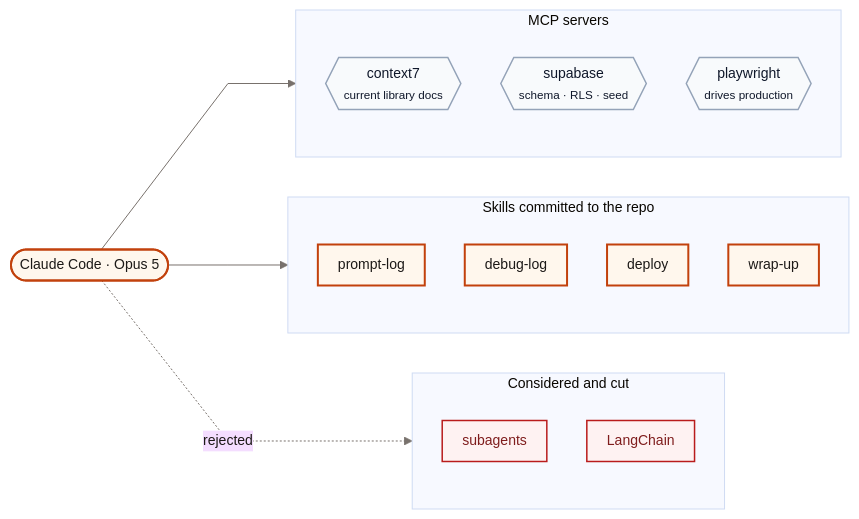
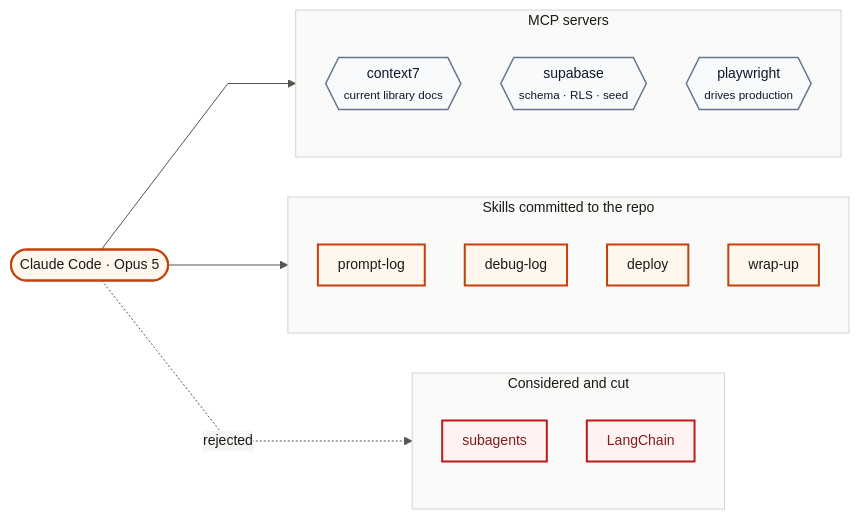
The first of 3 diagrams in docs/02-ai-tools-and-workflow.md (Rounak7721/ReForge), drawn with Mermaid before and after one commit. The commit also changed other lines of this file and 5 other files, not shown here.

First line of the commit message:
docs: pin every diagram's theme, and give the line types one meaning

````diff
--- a/docs/02-ai-tools-and-workflow.md
+++ b/docs/02-ai-tools-and-workflow.md
@@ -12,37 +12,40 @@
 ```mermaid
-%%{init: {'theme':'base','themeVariables':{'fontFamily':'ui-sans-serif, system-ui, sans-serif','fontSize':'14px','lineColor':'#78716c','primaryTextColor':'#1c1917'},'flowchart':{'curve':'linear','nodeSpacing':40,'rankSpacing':70,'padding':10}}}%%
+%%{init: {'theme':'base','themeVariables':{'fontFamily':'ui-sans-serif, system-ui, -apple-system, sans-serif','fontSize':'14px','textColor':'#1c1917','primaryTextColor':'#1c1917','secondaryTextColor':'#1c1917','tertiaryTextColor':'#1c1917','nodeTextColor':'#1c1917','titleColor':'#1c1917','lineColor':'#57534e','mainBkg':'#ffffff','nodeBorder':'#57534e','background':'#ffffff','clusterBkg':'#fafaf9','clusterBorder':'#d6d3d1','edgeLabelBackground':'#f5f5f4','primaryColor':'#ffffff','primaryBorderColor':'#57534e','secondaryColor':'#fafaf9','tertiaryColor':'#f5f5f4'},'flowchart':{'curve':'linear','nodeSpacing':40,'rankSpacing':70,'padding':10,'htmlLabels':true}}}%%
 flowchart LR
     CC(["Claude Code · Opus 5"])
 
     subgraph MCP["MCP servers"]
         direction TB
         C7{{"context7<br/><small>current library docs</small>"}}
         SB{{"supabase<br/><small>schema · RLS · seed</small>"}}
         PW{{"playwright<br/><small>drives production</small>"}}
     end
 
     subgraph SK["Skills committed to the repo"]
         direction TB
         PL["prompt-log"]
         DL["debug-log"]
         DP["deploy"]
         WU["wrap-up"]
     end
 
     subgraph NO["Considered and cut"]
         direction TB
         NA["subagents"]
         NF["LangChain"]
     end
 
     CC --> MCP
     CC --> SK
-    CC -.->|rejected| NO
+    CC -.->|"rejected"| NO
 
     classDef core fill:#fff7ed,stroke:#c2410c,stroke-width:2px,color:#1c1917
-    classDef ext fill:#f8fafc,stroke:#94a3b8,stroke-width:1.5px,color:#0f172a
-    classDef bad fill:#fef2f2,stroke:#b91c1c,stroke-width:1.5px,color:#7f1d1d
+    classDef data fill:#f0fdf4,stroke:#15803d,stroke-width:2px,color:#14532d
+    classDef ext fill:#f8fafc,stroke:#64748b,stroke-width:1.5px,color:#0f172a
+    classDef gate fill:#fffbeb,stroke:#b45309,stroke-width:2px,color:#78350f
+    classDef bad fill:#fef2f2,stroke:#b91c1c,stroke-width:2px,color:#7f1d1d
+    classDef good fill:#f0fdf4,stroke:#15803d,stroke-width:2px,color:#14532d
     class CC,PL,DL,DP,WU core
     class C7,SB,PW ext
     class NA,NF bad
 ```
````
